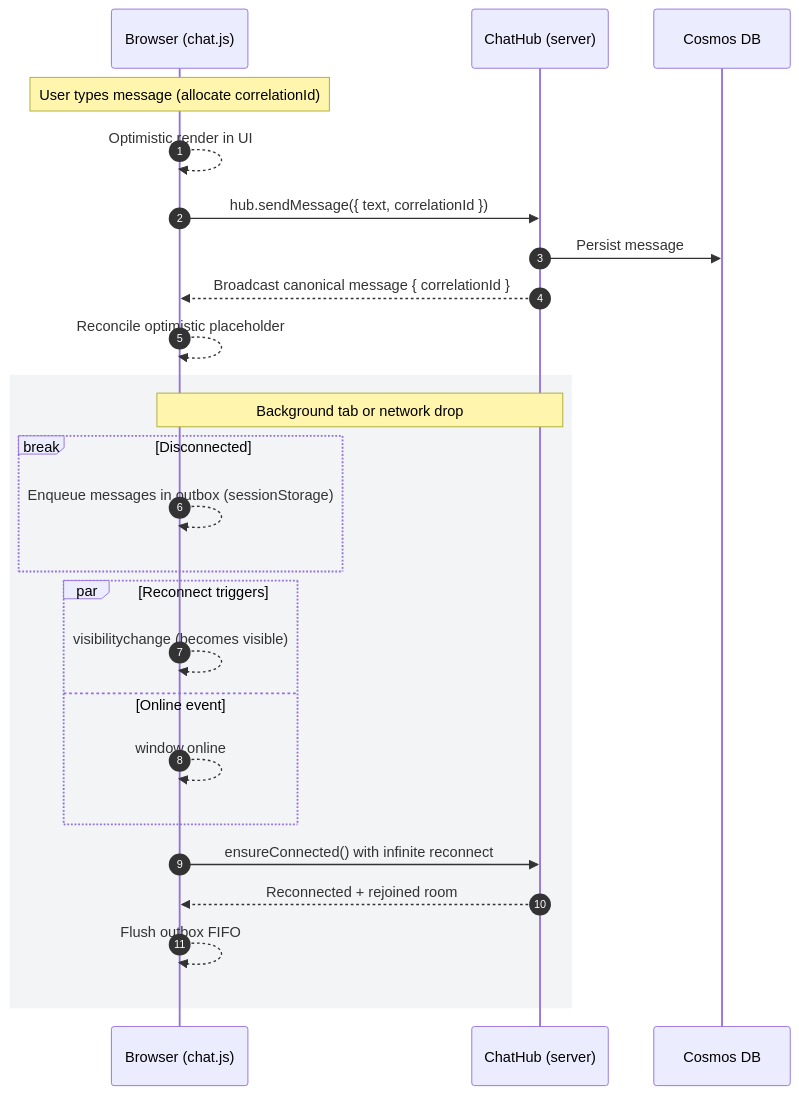
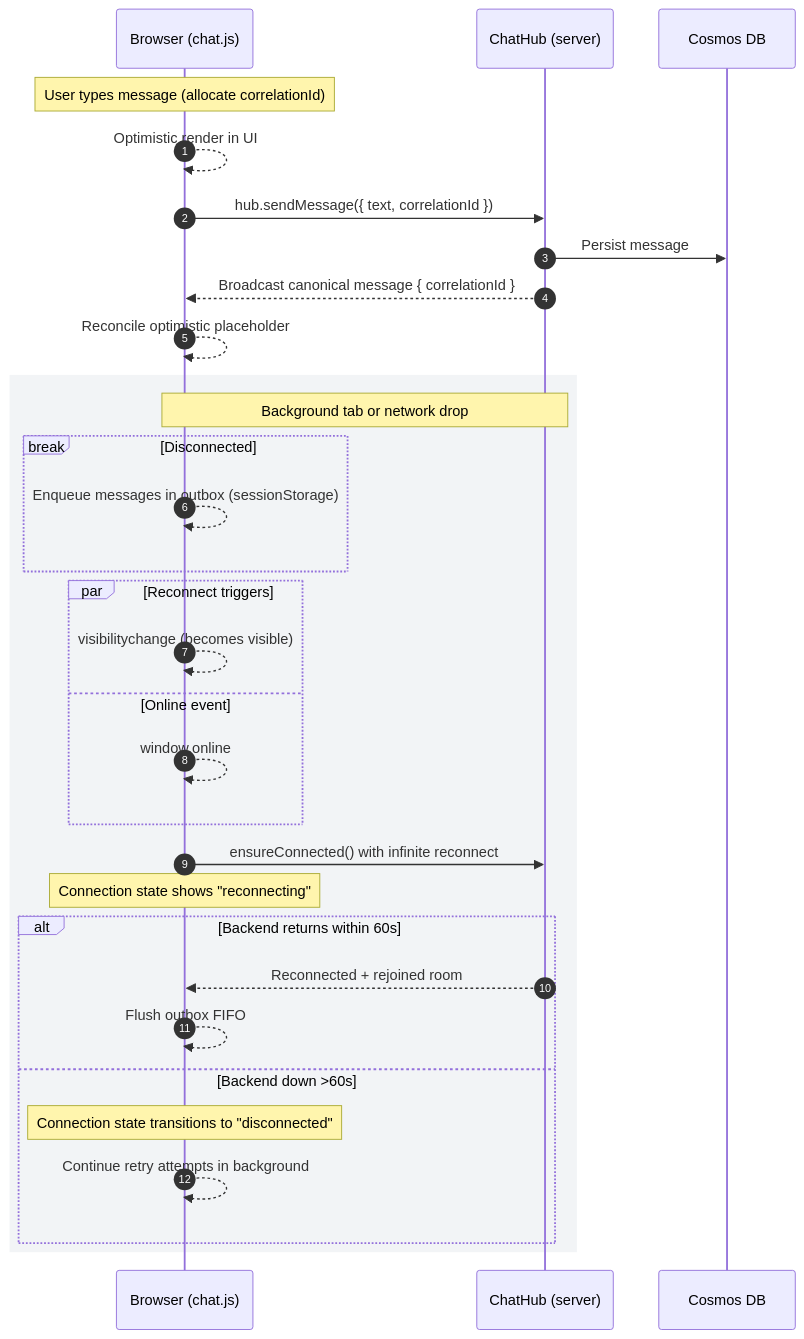
Before and after one commit to smereczynski/SignalR-Chat: the fourth of 5 diagrams in docs/architecture/system-design.md, drawn with Mermaid. The commit also changed other lines of this file and 1 other file, not shown here.

````diff
--- a/docs/architecture/system-design.md
+++ b/docs/architecture/system-design.md
@@ -339,29 +339,35 @@
 ```mermaid
 sequenceDiagram
   autonumber
   participant B as Browser (chat.js)
   participant H as ChatHub (server)
   participant D as Cosmos DB
 
   Note over B: User types message (allocate correlationId)
   B-->>B: Optimistic render in UI
   B->>H: hub.sendMessage({ text, correlationId })
   H->>D: Persist message
   H-->>B: Broadcast canonical message { correlationId }
   B-->>B: Reconcile optimistic placeholder
 
   rect rgba(33,66,99,0.06)
   Note over B,H: Background tab or network drop
   break Disconnected
     B-->>B: Enqueue messages in outbox (sessionStorage)
   end
   par Reconnect triggers
     B-->>B: visibilitychange (becomes visible)
   and Online event
     B-->>B: window.online
   end
   B->>H: ensureConnected() with infinite reconnect
-  H-->>B: Reconnected + rejoined room
-  B-->>B: Flush outbox FIFO
+  Note over B: Connection state shows "reconnecting"
+  alt Backend returns within 60s
+    H-->>B: Reconnected + rejoined room
+    B-->>B: Flush outbox FIFO
+  else Backend down >60s
+    Note over B: Connection state transitions to "disconnected"
+    B-->>B: Continue retry attempts in background
+  end
   end
 ```
````
